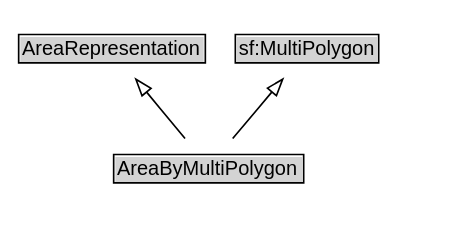
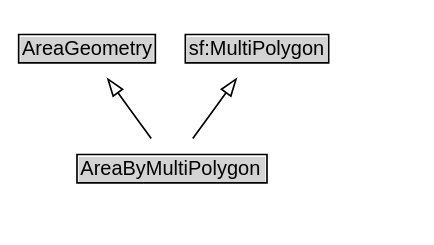
The diagram in docs/diagrams/AreaByMultiPolygon.dot (ISO-TC204/ontology-its-location-v1), drawn with Graphviz before and after one commit. The commit also changed 400 other files, not shown here.

```diff
--- a/docs/diagrams/AreaByMultiPolygon.dot
+++ b/docs/diagrams/AreaByMultiPolygon.dot
@@ -1,21 +1,21 @@
 // Diagram for AreaByMultiPolygon
 digraph {
 	graph [overlap=false rankdir=TB splines=true]
 	node [fontname=Arial fontsize=12 margin=0 shape=none]
 	edge [fontname=Arial fontsize=11]
 	{
 		rank=source
-		AreaRepresentation [label=<<TABLE BORDER="1" CELLBORDER="0" CELLSPACING="0" CELLPADDING="1"><TR><TD BGCOLOR="lightgray" ALIGN="CENTER">AreaRepresentation</TD></TR></TABLE>> URL="../AreaRepresentation" margin=0]
+		AreaGeometry [label=<<TABLE BORDER="1" CELLBORDER="0" CELLSPACING="0" CELLPADDING="1"><TR><TD BGCOLOR="lightgray" ALIGN="CENTER">AreaGeometry</TD></TR></TABLE>> URL="../AreaGeometry" margin=0]
 		sf_MultiPolygon [label=<<TABLE BORDER="1" CELLBORDER="0" CELLSPACING="0" CELLPADDING="1"><TR><TD BGCOLOR="lightgray" ALIGN="CENTER">sf:MultiPolygon</TD></TR></TABLE>> URL="https://w3id.org/citydata/imported/sf/latest/MultiPolygon" margin=0]
 	}
 	AreaByMultiPolygon [label=<<TABLE BORDER="1" CELLBORDER="0" CELLSPACING="0" CELLPADDING="1"><TR><TD BGCOLOR="lightgray" ALIGN="CENTER">AreaByMultiPolygon</TD></TR></TABLE>> URL="../AreaByMultiPolygon" margin=0]
 	{
 		rank=max
 	}
 	subgraph cluster_associated {
 		label="" style=invis
 		Invis [label=<<TABLE BORDER="0" CELLBORDER="0" CELLSPACING="0" CELLPADDING="1"><TR><TD></TD></TR></TABLE>> margin=0 style=invis]
 	}
-	AreaByMultiPolygon -> AreaRepresentation [arrowhead=onormal style=solid]
+	AreaByMultiPolygon -> AreaGeometry [arrowhead=onormal style=solid]
 	AreaByMultiPolygon -> sf_MultiPolygon [arrowhead=onormal style=solid]
 }
```
